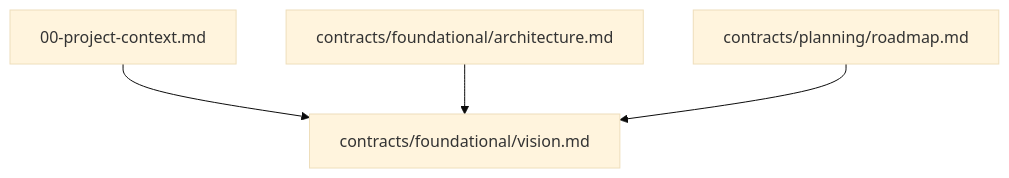
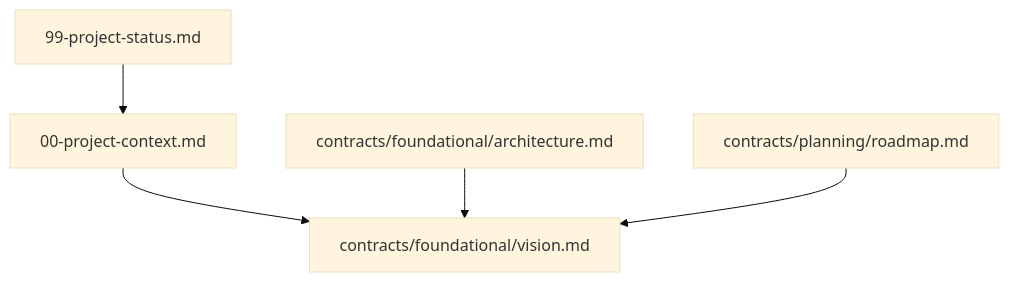
One commit to ConlinJoe/ai-platform changed the diagram in templates/docs/README.md. Above: the diagram before and after it, drawn with Mermaid (base theme). The commit also changed other lines of this file and 27 other files, not shown here.

````diff
--- a/templates/docs/README.md
+++ b/templates/docs/README.md
@@ -30,11 +31,13 @@
 ```mermaid
 flowchart TD
   context[00-project-context.md]
+  status[99-project-status.md]
   vision[contracts/foundational/vision.md]
   architecture[contracts/foundational/architecture.md]
   roadmap[contracts/planning/roadmap.md]
 
   context --> vision
+  status --> context
   architecture --> vision
   roadmap --> vision
 ```
````
